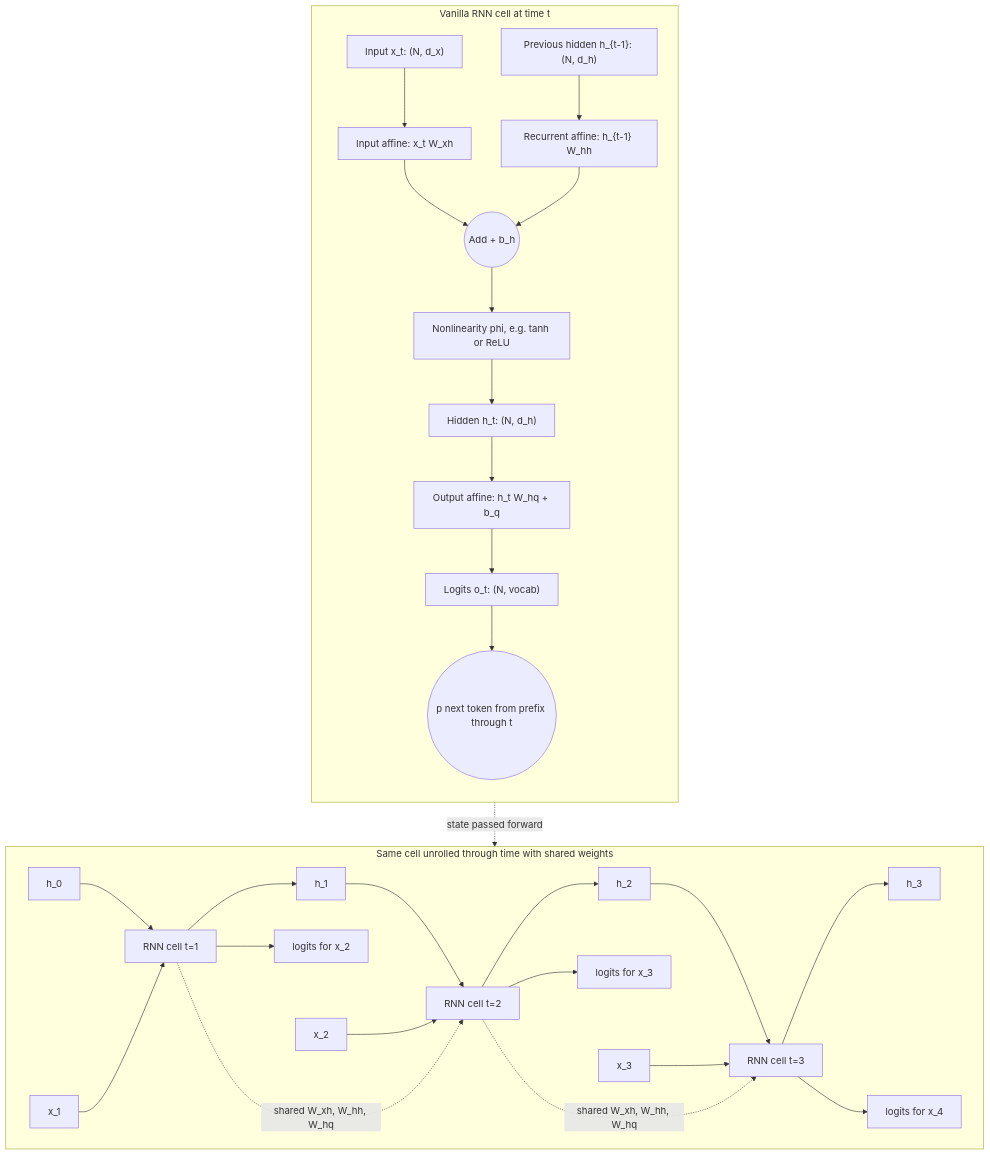
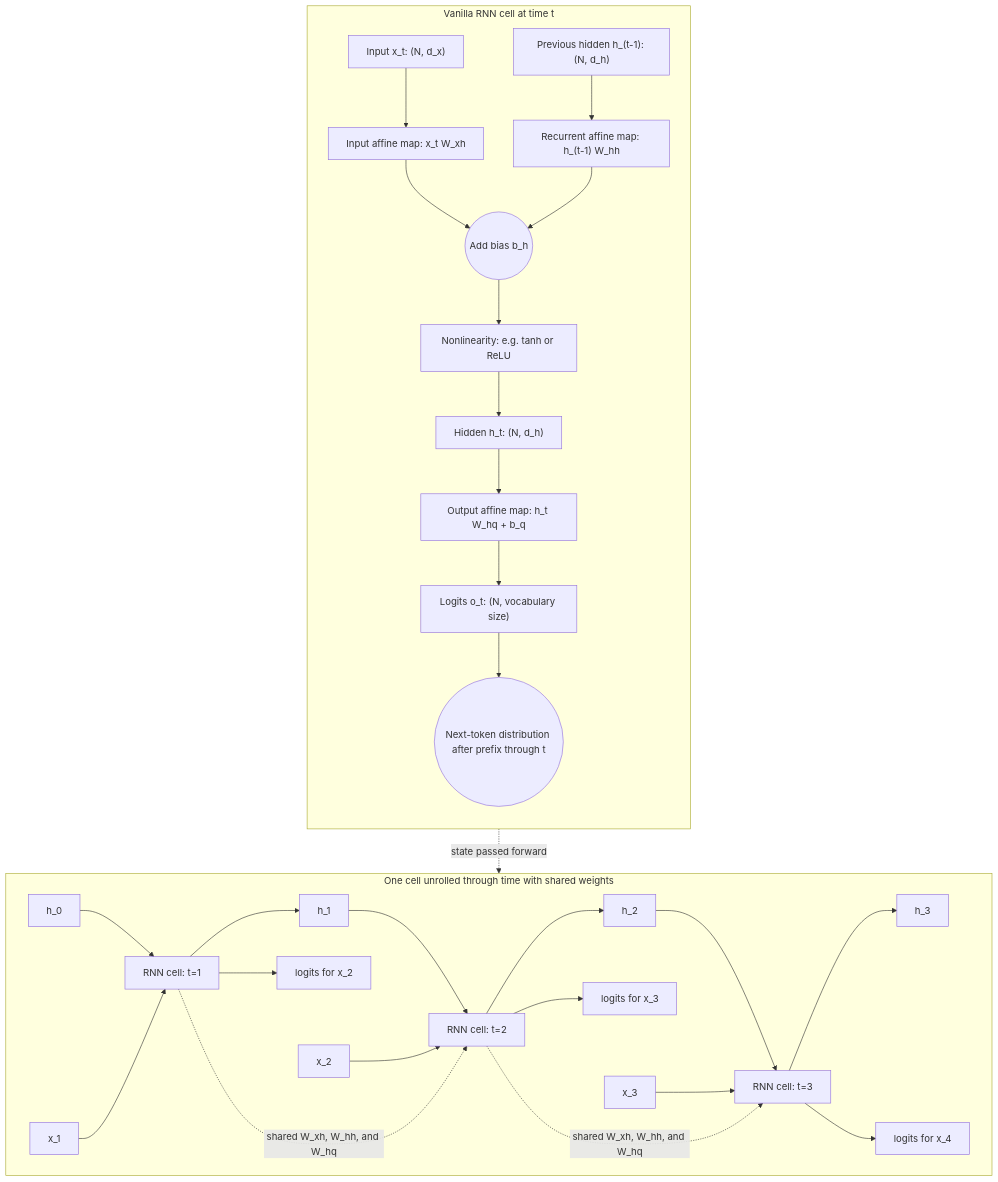
The diagram in docs/cs/deep-learning/sequence-modeling-rnns.md (justinbrianhwang/SJ-wiki), drawn with Mermaid before and after one commit. The commit also changed other lines of this file and 955 other files, not shown here.

````diff
--- a/docs/cs/deep-learning/sequence-modeling-rnns.md
+++ b/docs/cs/deep-learning/sequence-modeling-rnns.md
@@ -85,35 +41,35 @@
 ```mermaid
 flowchart TB
   subgraph Cell["Vanilla RNN cell at time t"]
     direction TB
-    Xt["Input x_t: (N, d_x)"] --> XW["Input affine: x_t W_xh"]
-    Hprev["Previous hidden h_{t-1}: (N, d_h)"] --> HW["Recurrent affine: h_{t-1} W_hh"]
-    XW --> Sum(("Add + b_h"))
+    Xt["Input x_t: (N, d_x)"] --> XW["Input affine map: x_t W_xh"]
+    Hprev["Previous hidden h_(t-1): (N, d_h)"] --> HW["Recurrent affine map: h_(t-1) W_hh"]
+    XW --> Sum(("Add bias b_h"))
     HW --> Sum
-    Sum --> Phi["Nonlinearity phi, e.g. tanh or ReLU"]
+    Sum --> Phi["Nonlinearity: e.g. tanh or ReLU"]
     Phi --> Ht["Hidden h_t: (N, d_h)"]
-    Ht --> Readout["Output affine: h_t W_hq + b_q"]
-    Readout --> Ot["Logits o_t: (N, vocab)"]
-    Ot --> Pt(("p next token from prefix through t"))
+    Ht --> Readout["Output affine map: h_t W_hq + b_q"]
+    Readout --> Ot["Logits o_t: (N, vocabulary size)"]
+    Ot --> Pt(("Next-token distribution after prefix through t"))
   end
 
-  subgraph Unrolled["Same cell unrolled through time with shared weights"]
+  subgraph Unrolled["One cell unrolled through time with shared weights"]
     direction LR
-    H0["h_0"] --> R1["RNN cell t=1"]
+    H0["h_0"] --> R1["RNN cell: t=1"]
     X1["x_1"] --> R1
     R1 --> H1["h_1"]
     R1 --> O1["logits for x_2"]
-    H1 --> R2["RNN cell t=2"]
+    H1 --> R2["RNN cell: t=2"]
     X2["x_2"] --> R2
     R2 --> H2["h_2"]
     R2 --> O2["logits for x_3"]
-    H2 --> R3["RNN cell t=3"]
+    H2 --> R3["RNN cell: t=3"]
     X3["x_3"] --> R3
     R3 --> H3["h_3"]
     R3 --> O3["logits for x_4"]
   end
 
   Ht -. "state passed forward" .-> H1
-  R1 -. "shared W_xh, W_hh, W_hq" .-> R2
-  R2 -. "shared W_xh, W_hh, W_hq" .-> R3
+  R1 -. "shared W_xh, W_hh, and W_hq" .-> R2
+  R2 -. "shared W_xh, W_hh, and W_hq" .-> R3
 ```
````
